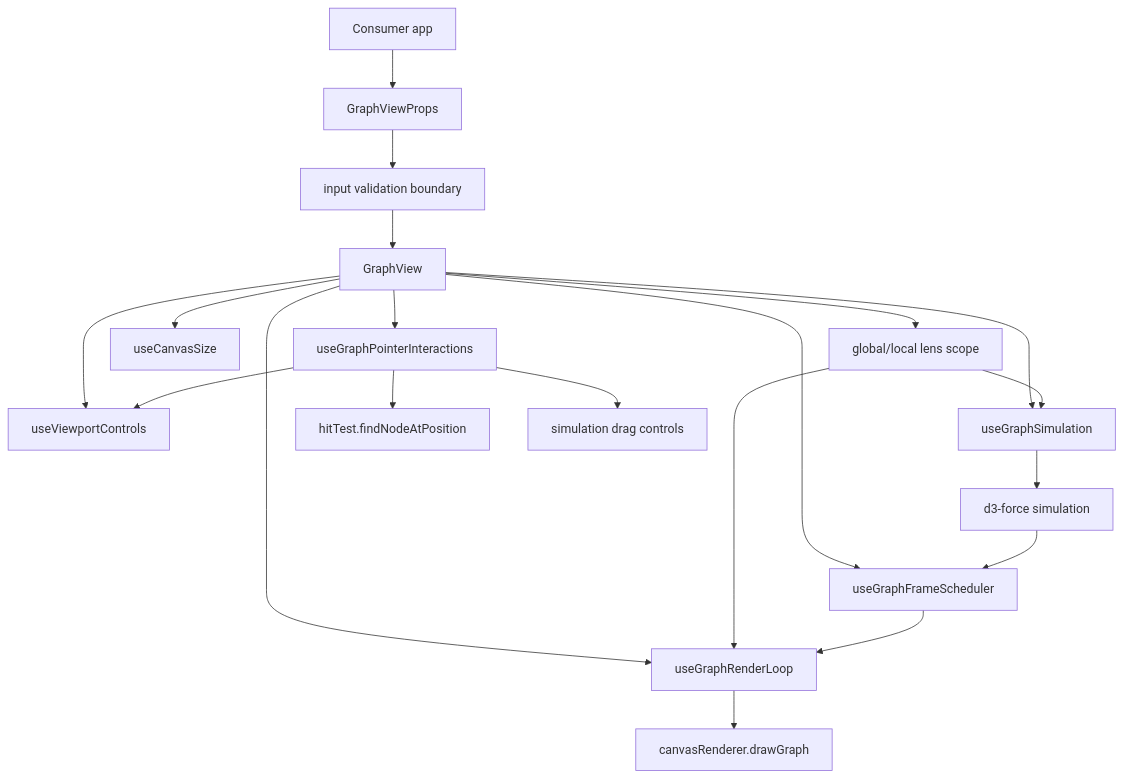
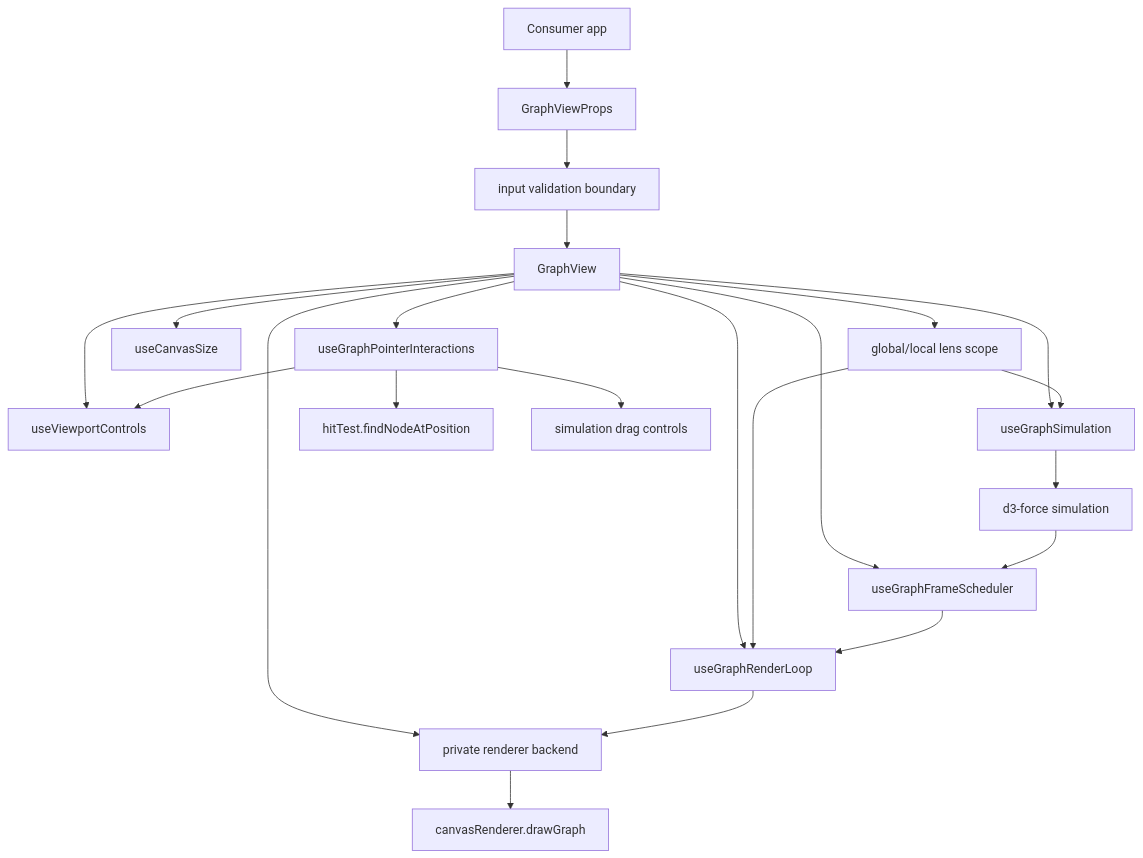
The diagram in docs/architecture.md (eunjjang3/ograph), drawn with Mermaid before and after one commit. The commit also changed other lines of this file and 31 other files, not shown here.

First line of the commit message:
Add Obsidian-style graph harness and prepare v0.2.0

````diff
--- a/docs/architecture.md
+++ b/docs/architecture.md
@@ -31,22 +31,24 @@
 ```mermaid
 flowchart TD
   Consumer["Consumer app"] --> Props["GraphViewProps"]
   Props --> Validation["input validation boundary"]
   Validation --> View["GraphView"]
   View --> Lens["global/local lens scope"]
   View --> CanvasSize["useCanvasSize"]
   View --> Viewport["useViewportControls"]
   View --> Input["useGraphPointerInteractions"]
   View --> Scheduler["useGraphFrameScheduler"]
   View --> DrawLoop["useGraphRenderLoop"]
   View --> Simulation["useGraphSimulation"]
+  View --> RendererBackend["private renderer backend"]
   Lens --> Simulation
   Lens --> DrawLoop
   Simulation --> D3["d3-force simulation"]
   D3 --> Scheduler
   Scheduler --> DrawLoop
-  DrawLoop --> Renderer["canvasRenderer.drawGraph"]
+  DrawLoop --> RendererBackend
+  RendererBackend --> Renderer["canvasRenderer.drawGraph"]
   Input --> HitTest["hitTest.findNodeAtPosition"]
   Input --> Viewport
   Input --> Drag["simulation drag controls"]
 ```
````
